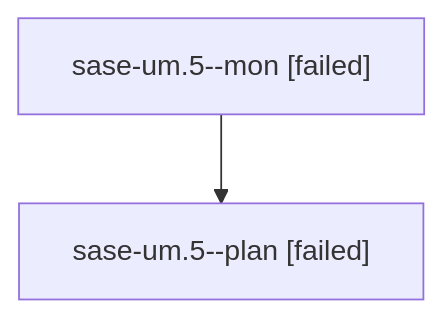
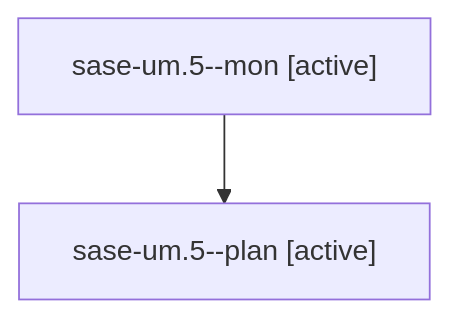
The diagram in families/bbugyi200.athena.sase-um.5.md (sase-org/sase--agents), drawn with Mermaid before and after one commit. The commit also changed other lines of this file and 35830 other files, not shown here.

````diff
--- a/families/bbugyi200.athena.sase-um.5.md
+++ b/families/bbugyi200.athena.sase-um.5.md
@@ -9,6 +9,6 @@
 ```mermaid
 flowchart TD
-  n0["sase-um.5--mon [failed]"]
-  n1["sase-um.5--plan [failed]"]
+  n0["sase-um.5--mon [active]"]
+  n1["sase-um.5--plan [active]"]
   n0 --> n1
 ```
````
